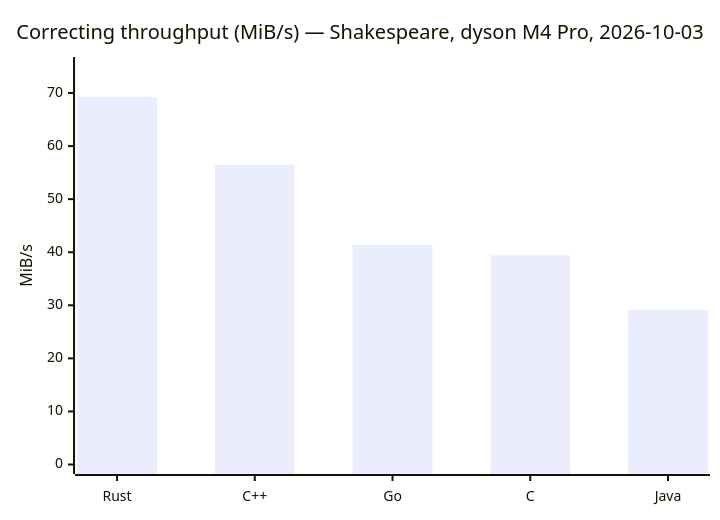
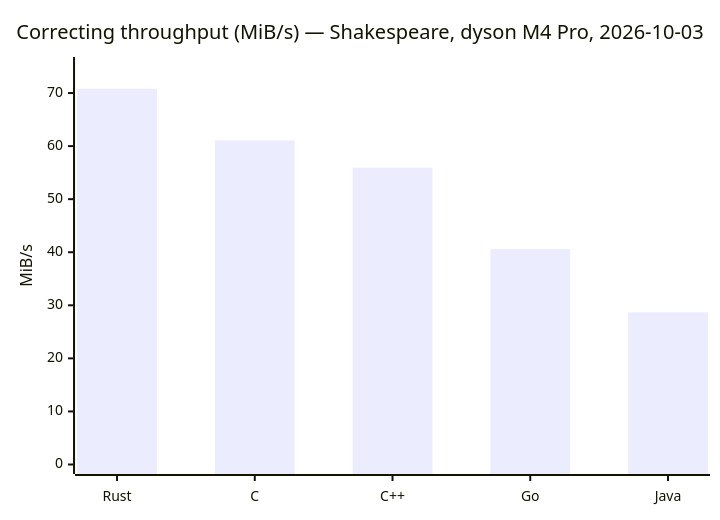
The fourth of 10 diagrams in ANALYSIS.md (darrelllong/Delta-Compression), drawn with Mermaid before and after one commit. The commit also changed other lines of this file and 30 other files, not shown here.

````diff
--- a/ANALYSIS.md
+++ b/ANALYSIS.md
@@ -491,7 +497,7 @@
 ```mermaid
 xychart-beta
     title "Correcting throughput (MiB/s) — Shakespeare, dyson M4 Pro, 2026-10-03"
-    x-axis ["Rust", "C++", "Go", "C", "Java"]
+    x-axis ["Rust", "C", "C++", "Go", "Java"]
     y-axis "MiB/s" 0 --> 75
-    bar [69.29, 56.49, 41.40, 39.41, 29.18]
+    bar [70.81, 61.07, 55.93, 40.59, 28.67]
 ```
````
